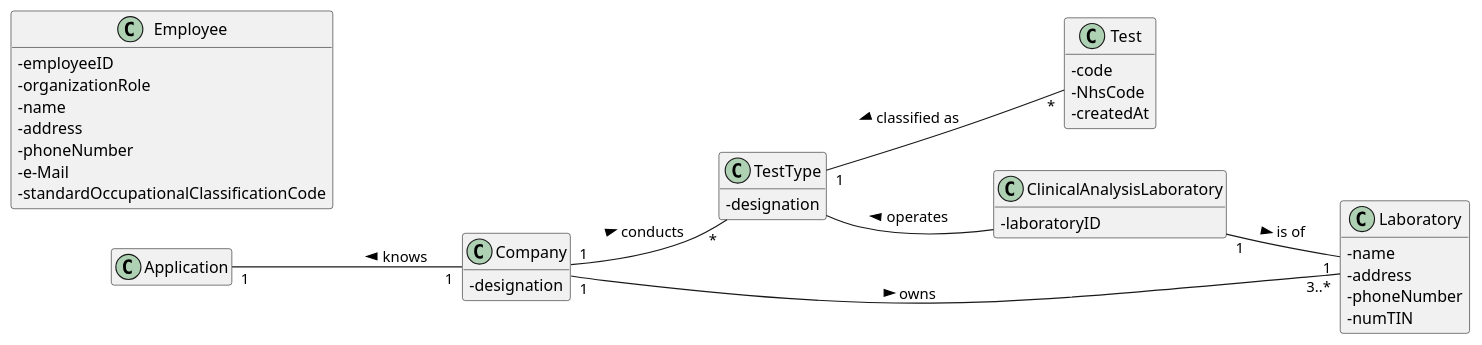
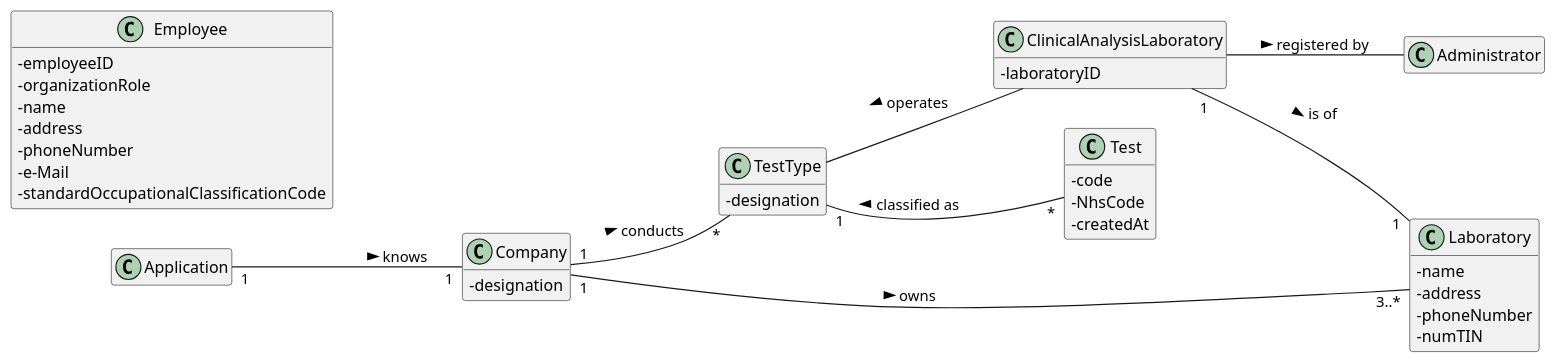
One commit to ana-albergaria/LAPR2-ISEP changed the diagram in docs/SprintB/US_8/US8_DM.puml. Above: the diagram before and after it, drawn with PlantUML. The commit also changed 2 other files, not shown here.

Commit message:
US8 Requirements Continuation + Domain Model + Sequence Diagram

```diff
--- a/docs/SprintB/US_8/US8_DM.puml
+++ b/docs/SprintB/US_8/US8_DM.puml
@@ -1,72 +1,75 @@
 @startuml
 
 skinparam classAttributeIconSize 0
 hide empty methods
 hide empty attributes
 left to right direction
 
 class Laboratory {
 - name
 - address
 - phoneNumber
 - numTIN
 }
 
 class Employee {
 - employeeID
 - organizationRole
 - name
 - address
 - phoneNumber
 - e-Mail
 - standardOccupationalClassificationCode
 }
 
 class Test{
 - code
 - NhsCode
 - createdAt
 }
 
 class ClinicalAnalysisLaboratory{
 - laboratoryID
 }
 
 class Application{}
 
 class TestType{
 - designation
 }
 
 class Company{
 - designation
 }
 
+class Administrator{}
+
 together {
 class TestType
 class Laboratory
 }
 
 Company -[hidden]-> TestType
 Company -[hidden]-> Laboratory
 
 
 /' LAYOUT PURPOSES '/
 ClinicalAnalysisLaboratory -[hidden]down-> Laboratory
 Test -[hidden]up-> TestType
 ClinicalAnalysisLaboratory -[hidden]up-> TestType
 
 
 /' END OF LAYOUT PURPOSES '/
 
 Company "1" -- "3..*" Laboratory : owns >
 ClinicalAnalysisLaboratory "1" -- "1" Laboratory : is of >
 /'Employee "1..*" - "1" Company : works for >'/
 Company "1" -- "*" TestType : conducts >
 
 /' MUDAR SENTIDO DA SETA? POR CAUSA DO RATIONALE '/
-Application "1" -- "1" Company : knows <
+Application "1" -- "1" Company : knows >
 Test "*" -- "1" TestType : classified as >
 ClinicalAnalysisLaboratory -- TestType : operates >
+ClinicalAnalysisLaboratory -- Administrator : registered by >
 
 @enduml
```
